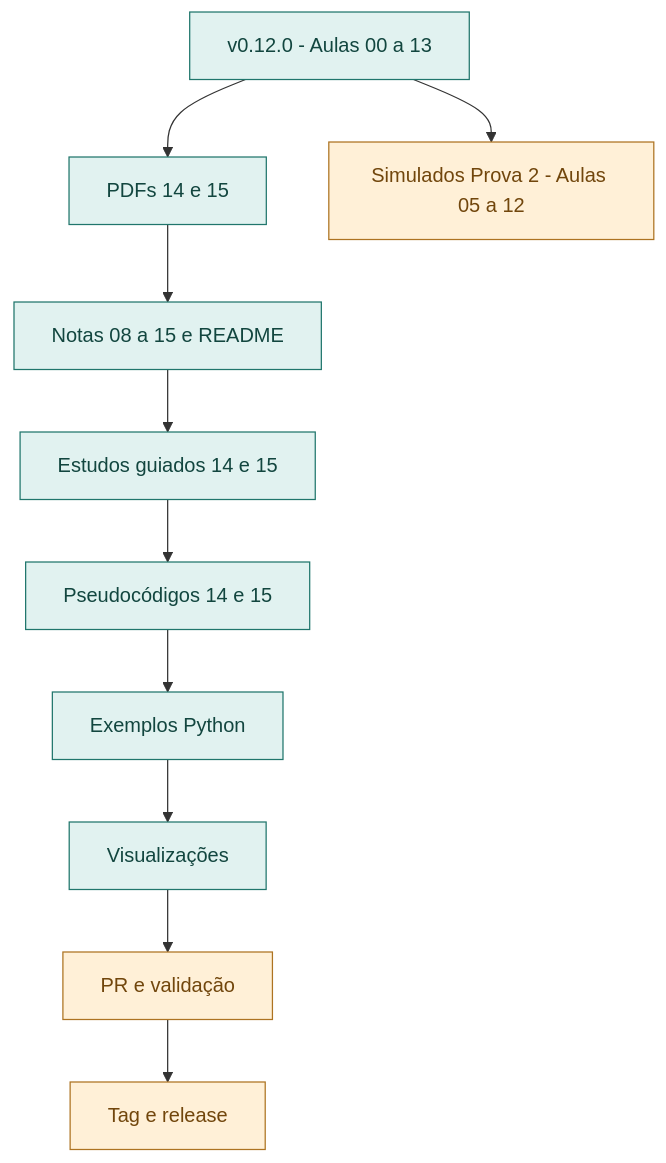
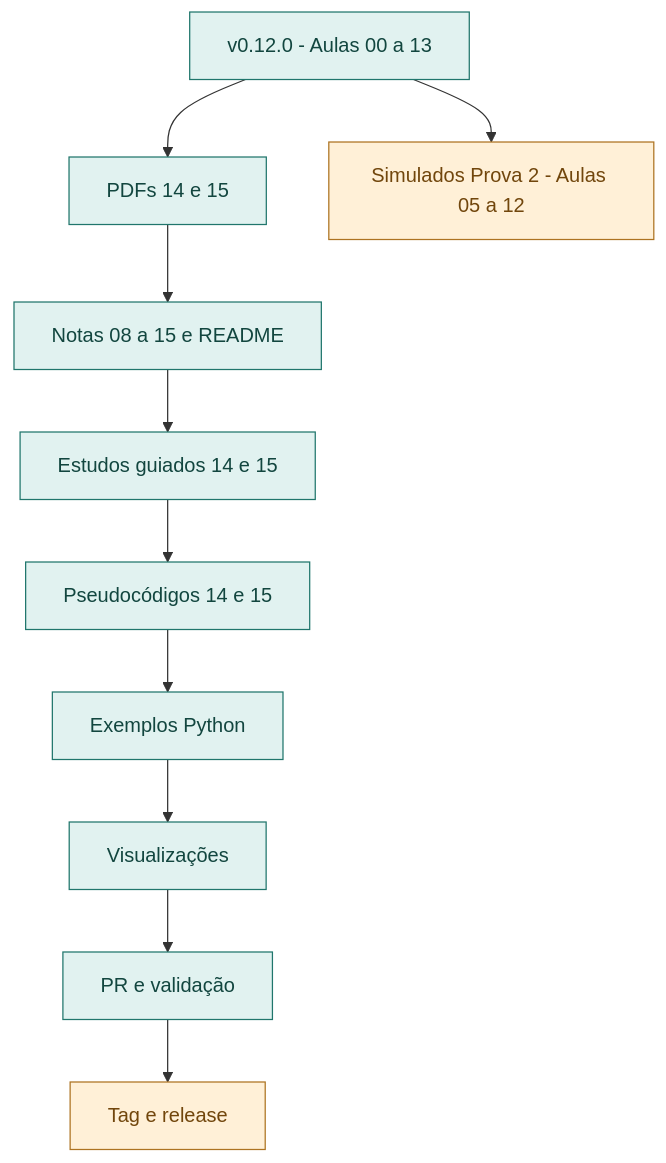
One commit to tiagofga/EC-IA changed the diagram in docs/roadmap.md. Above: the diagram before and after it, drawn with Mermaid. The commit also changed other lines of this file and 9 other files, not shown here.

````diff
--- a/docs/roadmap.md
+++ b/docs/roadmap.md
@@ -52,16 +52,16 @@
 ```mermaid
 flowchart TD
   A["v0.12.0 - Aulas 00 a 13"] --> B["PDFs 14 e 15"]
   B --> C["Notas 08 a 15 e README"]
   C --> D["Estudos guiados 14 e 15"]
   D --> E["Pseudocódigos 14 e 15"]
   E --> F["Exemplos Python"]
   F --> G["Visualizações"]
   G --> H["PR e validação"]
   H --> I["Tag e release"]
   A --> J["Simulados Prova 2 - Aulas 05 a 12"]
   classDef done fill:#e1f2f0,stroke:#20766c,color:#12463f;
   classDef pending fill:#fff0d7,stroke:#ad7321,color:#71460c;
-  class A,B,C,D,E,F,G done;
-  class H,I,J pending;
+  class A,B,C,D,E,F,G,H done;
+  class I,J pending;
 ```
````
